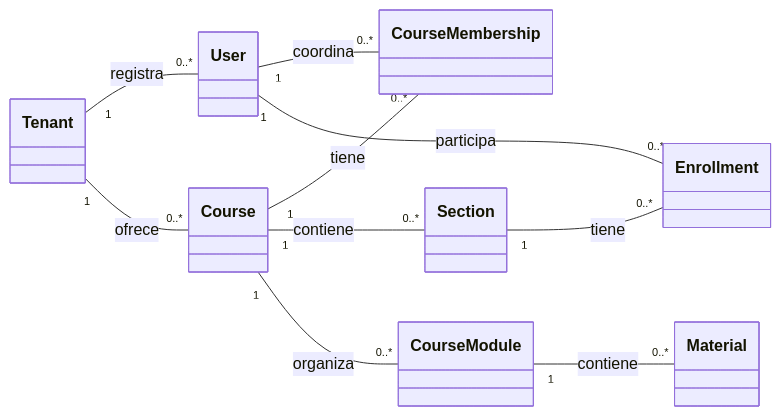
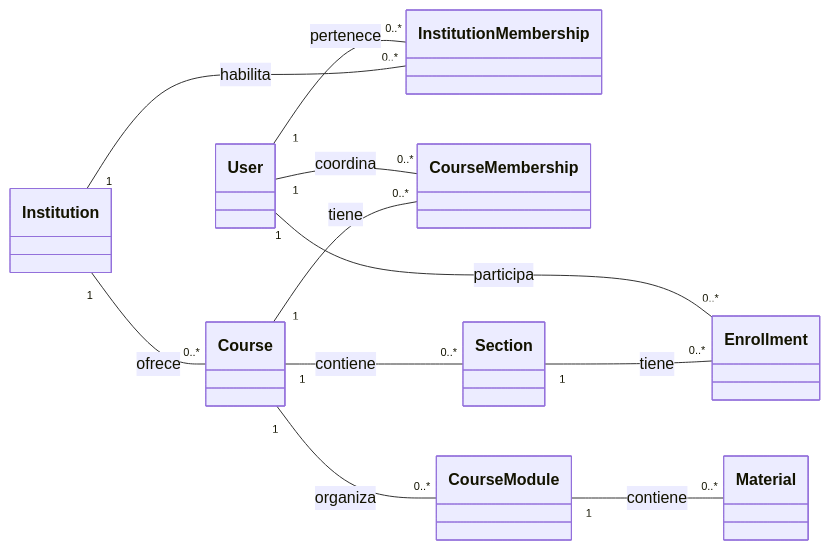
One commit to dvillas28/lock-in-team-iic3143-202602 changed the first of 2 diagrams in docs/deliveries/2/05-domain-model-uml.md. Above: the diagram before and after it, drawn with Mermaid. The commit also changed other lines of this file and 2 other files, not shown here.

````diff
--- a/docs/deliveries/2/05-domain-model-uml.md
+++ b/docs/deliveries/2/05-domain-model-uml.md
@@ -13,23 +9,25 @@
 ```mermaid
 classDiagram
   direction LR
 
-  class Tenant
+  class Institution
   class User
+  class InstitutionMembership
   class Course
   class CourseMembership
   class Section
   class Enrollment
   class CourseModule
   class Material
 
-  Tenant "1" -- "0..*" User : registra
-  Tenant "1" -- "0..*" Course : ofrece
+  Institution "1" -- "0..*" InstitutionMembership : habilita
+  User "1" -- "0..*" InstitutionMembership : pertenece
+  Institution "1" -- "0..*" Course : ofrece
   Course "1" -- "0..*" CourseMembership : tiene
   User "1" -- "0..*" CourseMembership : coordina
   Course "1" -- "0..*" Section : contiene
   Section "1" -- "0..*" Enrollment : tiene
   User "1" -- "0..*" Enrollment : participa
   Course "1" -- "0..*" CourseModule : organiza
   CourseModule "1" -- "0..*" Material : contiene
 ```
````
